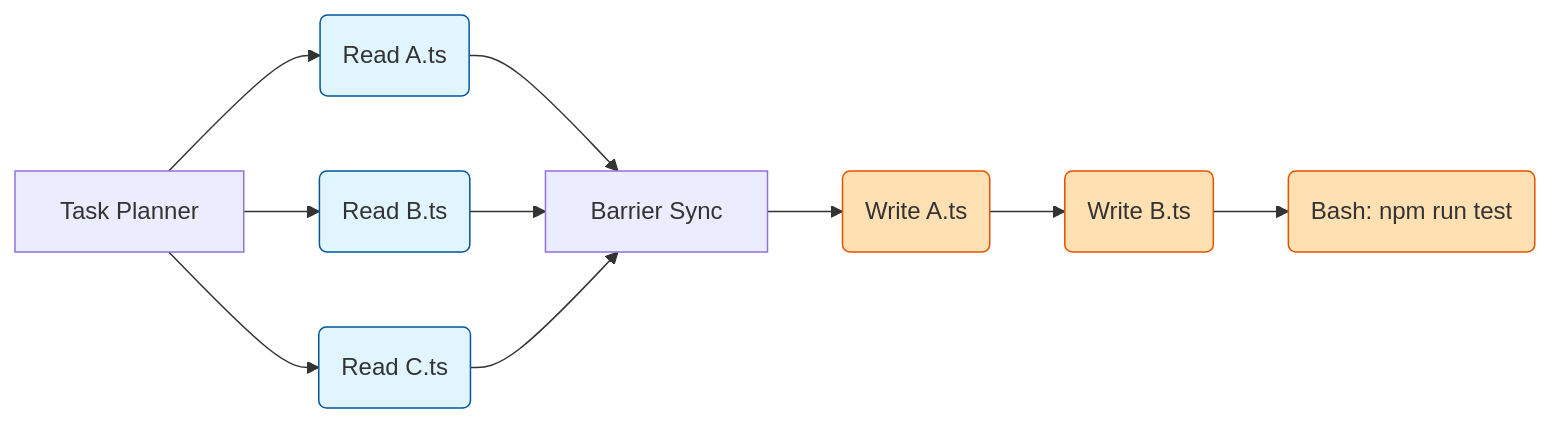
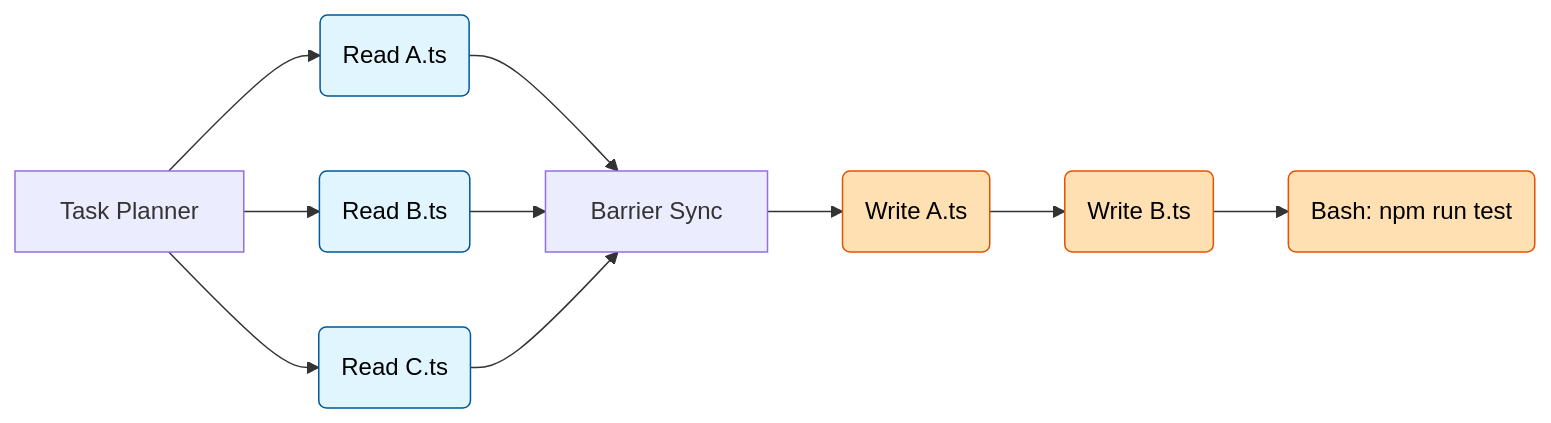
One commit to tanish19078/claude-code changed the fourth of 4 diagrams in claude_code_mastery.md. Above: the diagram before and after it, drawn with Mermaid. The commit also changed other lines of this file, not shown here.

````diff
--- a/claude_code_mastery.md
+++ b/claude_code_mastery.md
@@ -116,14 +116,14 @@
 ```mermaid
 graph LR
     T[Task Planner] --> R1(Read A.ts)
     T --> R2(Read B.ts)
     T --> R3(Read C.ts)
     R1 & R2 & R3 --> B[Barrier Sync]
     B --> W1(Write A.ts)
     W1 --> W2(Write B.ts)
     W2 --> W3(Bash: npm run test)
-    classDef concurrent fill:#e1f5fe,stroke:#01579b;
-    classDef serial fill:#ffe0b2,stroke:#e65100;
+    classDef concurrent fill:#e1f5fe,stroke:#01579b,color:#000000;
+    classDef serial fill:#ffe0b2,stroke:#e65100,color:#000000;
     class R1,R2,R3 concurrent;
     class W1,W2,W3 serial;
 ```
````
